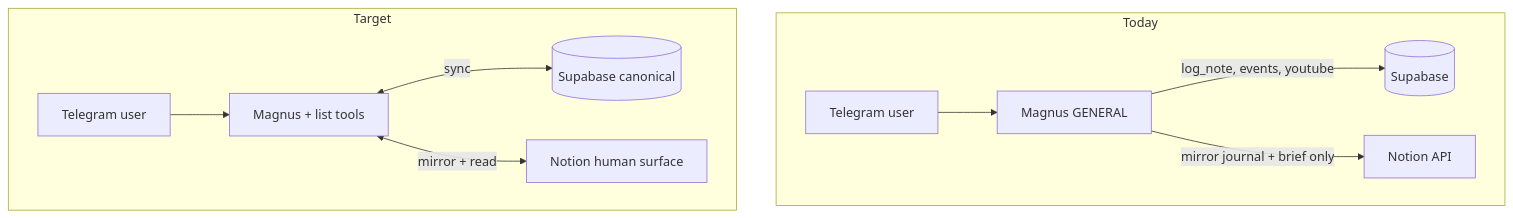
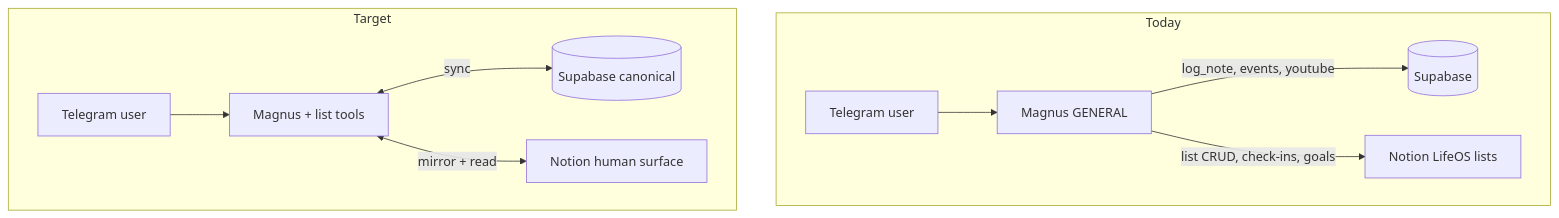
One commit to sakshamgoyal06/CrewAI changed the diagram in docs/NOTION_LIFEOS_STRUCTURE.md. Above: the diagram before and after it, drawn with Mermaid. The commit also changed other lines of this file and 12 other files, not shown here.

First line of the commit message:
Wire Magnus Notion list tools to live LifeOS databases

````diff
--- a/docs/NOTION_LIFEOS_STRUCTURE.md
+++ b/docs/NOTION_LIFEOS_STRUCTURE.md
@@ -89,22 +103,22 @@
 ```mermaid
 flowchart TB
   subgraph today [Today]
     TG[Telegram user]
     M[Magnus GENERAL]
     SB[(Supabase)]
-    N[Notion API]
+    N[Notion LifeOS lists]
     TG --> M
     M -->|log_note, events, youtube| SB
-    M -->|mirror journal + brief only| N
+    M -->|list CRUD, check-ins, goals| N
   end
 
   subgraph target [Target]
     TG2[Telegram user]
     M2[Magnus + list tools]
     SB2[(Supabase canonical)]
     N2[Notion human surface]
     TG2 --> M2
     M2 <-->|sync| SB2
     M2 <-->|mirror + read| N2
   end
 ```
````
